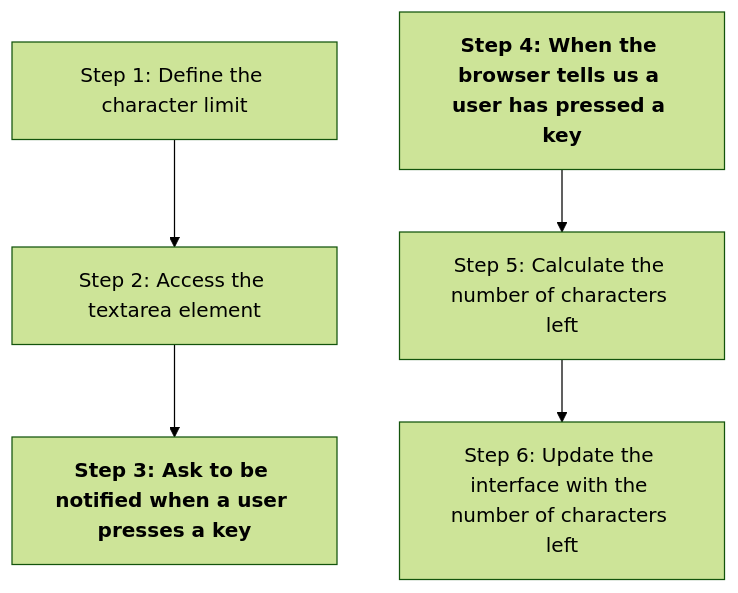
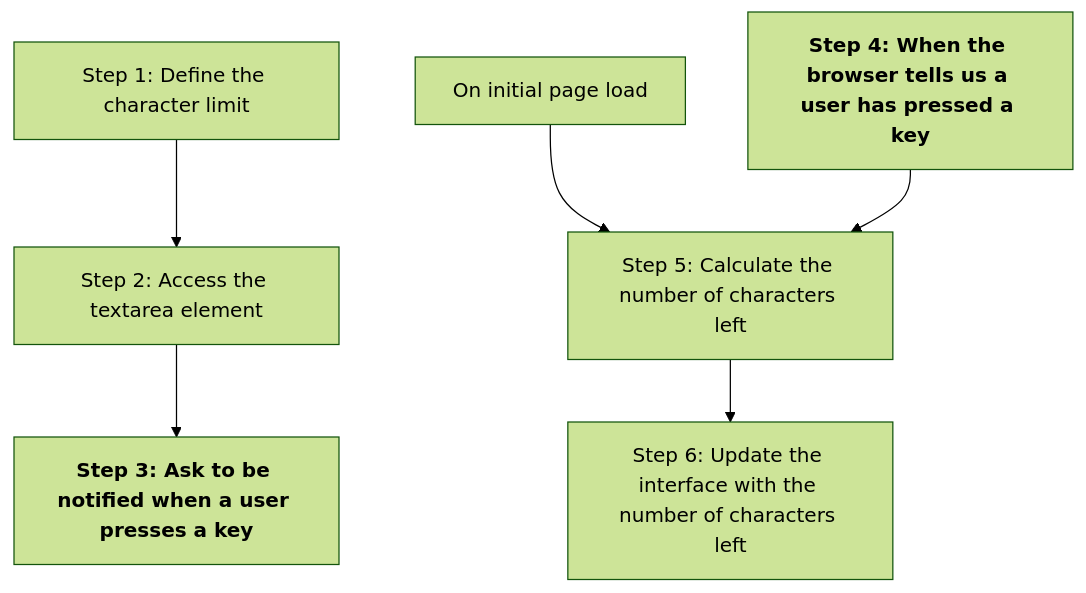
Before and after one commit to CodeYourFuture/curriculum: the second of 2 diagrams in common-content/en/module/js2/events/index.md, drawn with Mermaid (forest theme). The commit also changed other lines of this file and 11 other files, not shown here.

````diff
--- a/common-content/en/module/js2/events/index.md
+++ b/common-content/en/module/js2/events/index.md
@@ -34,6 +39,7 @@
 ```mermaid
 flowchart TD
 A[Step 1: Define the character limit] --> B[Step 2: Access the textarea element] --> C["`**Step 3: Ask to be notified when a user presses a key**`"]
 
+Initial[On initial page load] --> E
 D["`**Step 4: When the browser tells us a user has pressed a key**`"] --> E[Step 5: Calculate the number of characters left] --> F[Step 6: Update the interface with the number of characters left]
 ```
````
